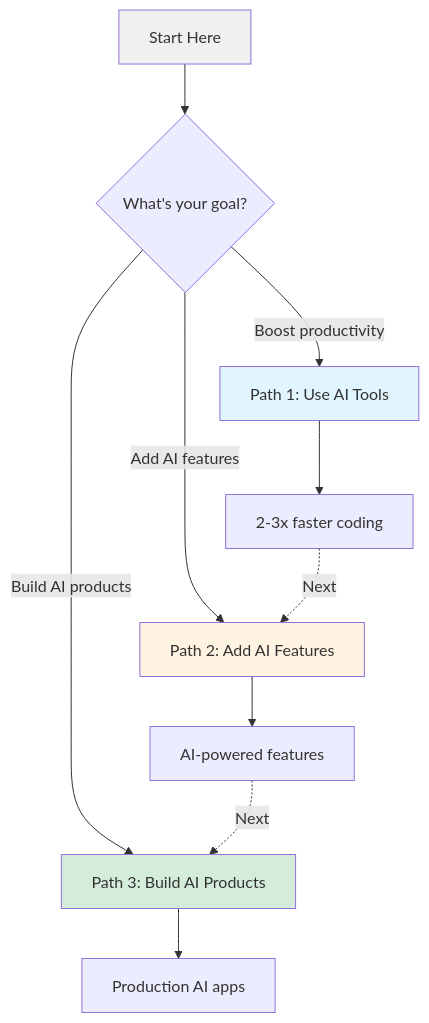
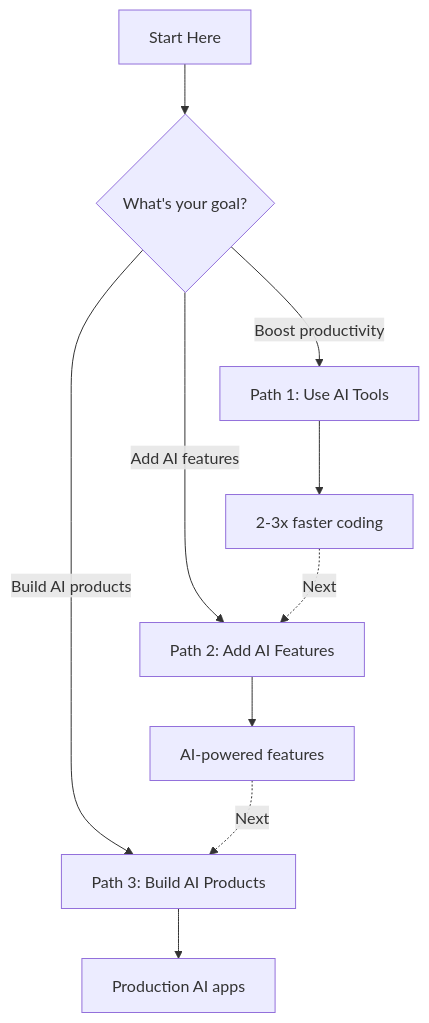
One commit to zenHeart/learn-ai changed the diagram in docs/paths/index.md. Above: the diagram before and after it, drawn with Mermaid. The commit also changed 4 other files, not shown here.

````diff
--- a/docs/paths/index.md
+++ b/docs/paths/index.md
@@ -7,20 +7,15 @@
 ```mermaid
 graph TD
     Start[Start Here] --> Decision{What's your goal?}
 
     Decision -->|Boost productivity| Path1[Path 1: Use AI Tools]
     Decision -->|Add AI features| Path2[Path 2: Add AI Features]
     Decision -->|Build AI products| Path3[Path 3: Build AI Products]
 
     Path1 --> Path1Done[2-3x faster coding]
     Path2 --> Path2Done[AI-powered features]
     Path3 --> Path3Done[Production AI apps]
 
     Path1Done -.->|Next| Path2
     Path2Done -.->|Next| Path3
-
-    style Path1 fill:#e1f5ff
-    style Path2 fill:#fff4e1
-    style Path3 fill:#d4edda
-    style Start fill:#f0f0f0
 ```
````
